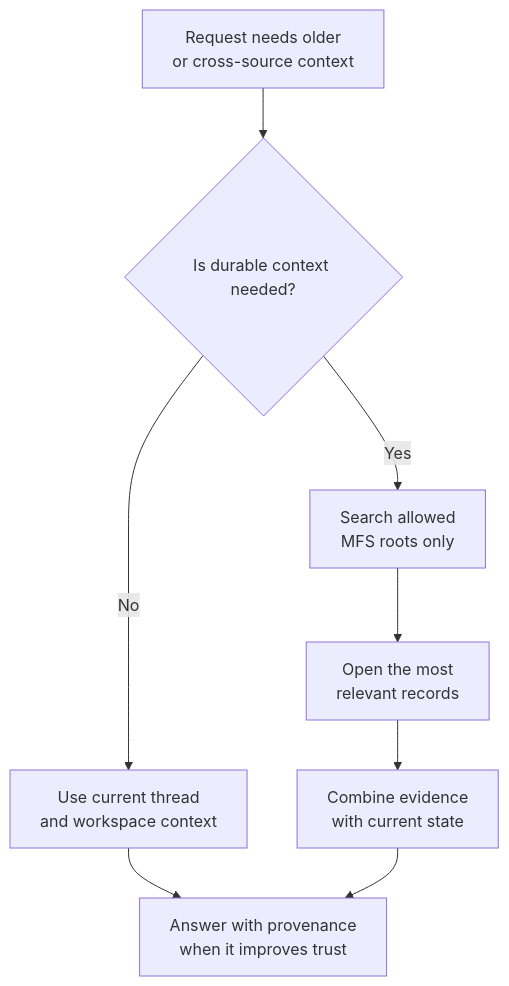
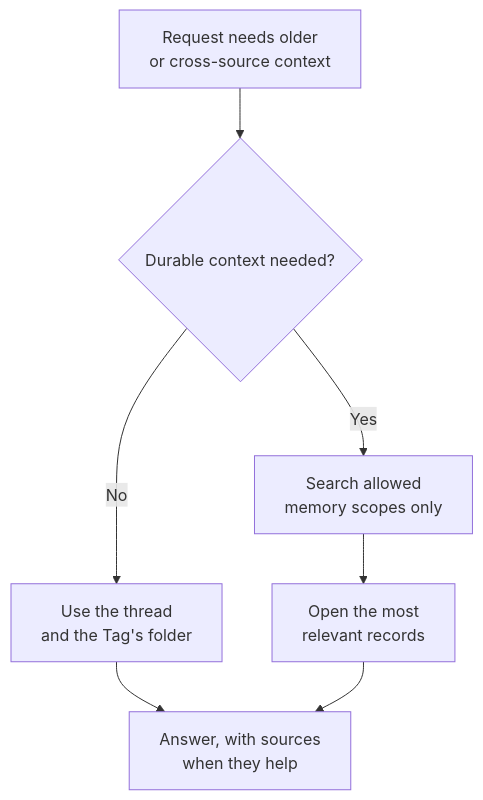
One commit to klovr-co/hover-tag changed the eighth of 16 diagrams in docs/user-flows.md. Above: the diagram before and after it, drawn with Mermaid. The commit also changed other lines of this file and 48 other files, not shown here.

````diff
--- a/docs/user-flows.md
+++ b/docs/user-flows.md
@@ -358,14 +313,13 @@
 ```mermaid
 flowchart TD
     Request["Request needs older<br/>or cross-source context"]
-    Decide{"Is durable context needed?"}
-    Thread["Use current thread<br/>and workspace context"]
-    Search["Search allowed<br/>MFS roots only"]
+    Decide{"Durable context needed?"}
+    Thread["Use the thread<br/>and the Tag's folder"]
+    Search["Search allowed<br/>memory scopes only"]
     Reopen["Open the most<br/>relevant records"]
-    Synthesize["Combine evidence<br/>with current state"]
-    Answer["Answer with provenance<br/>when it improves trust"]
+    Answer["Answer, with sources<br/>when they help"]
 
     Request --> Decide
     Decide -->|No| Thread --> Answer
-    Decide -->|Yes| Search --> Reopen --> Synthesize --> Answer
+    Decide -->|Yes| Search --> Reopen --> Answer
 ```
````
